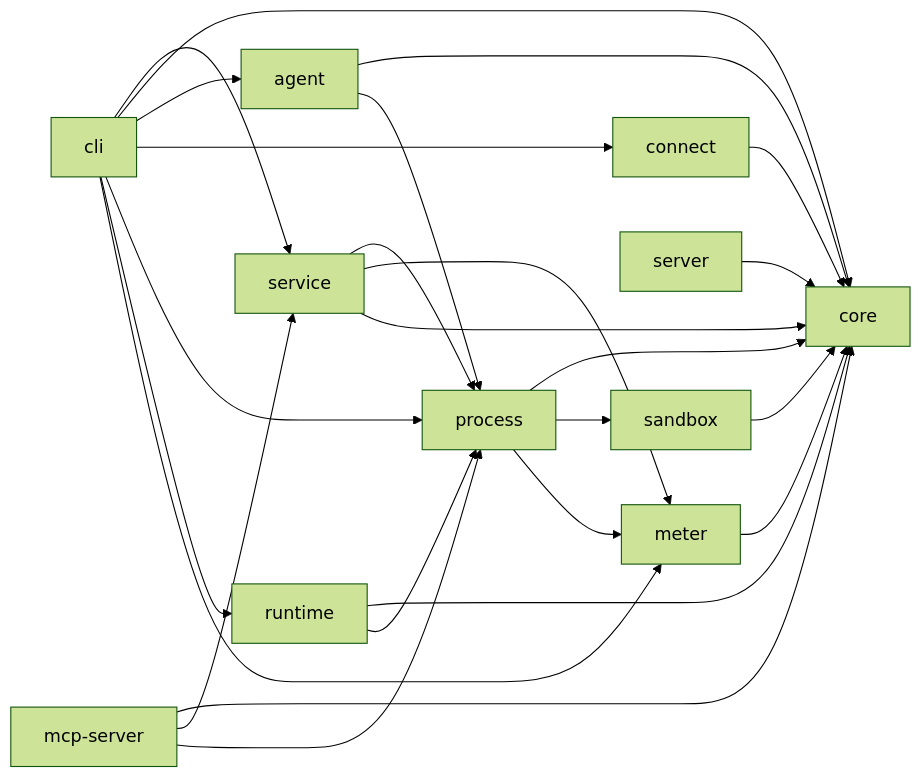
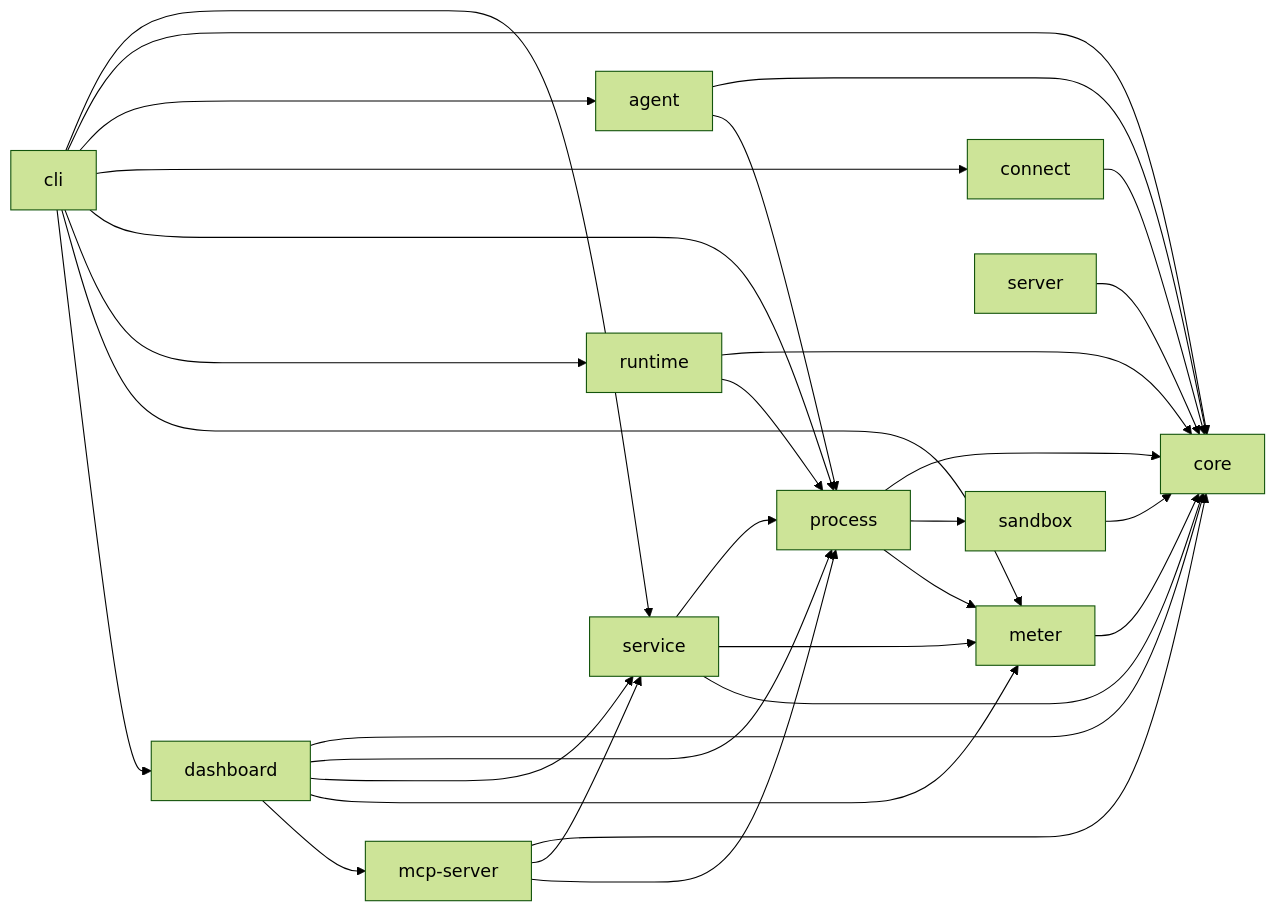
The first of 5 diagrams in website/docs/reference/architecture.md (johnloveworld2022-ops/mecha.im), drawn with Mermaid (forest theme) before and after one commit. The commit also changed other lines of this file and 1 other file, not shown here.

Commit message:
docs: comprehensive dashboard documentation and architecture update
Rewrite dashboard.md with full API reference (14 endpoints with
request/response examples), security model, polling intervals,
responsive design notes, and structured logging format.

Update architecture.md to reflect dashboard as implemented (not
planned) and add dashboard dependency edges to the mermaid graph.

````diff
--- a/website/docs/reference/architecture.md
+++ b/website/docs/reference/architecture.md
@@ -26,27 +26,33 @@
 ```mermaid
 graph LR
   cli --> service
   cli --> core
   cli --> agent
   cli --> connect
   cli --> process
   cli --> runtime
   cli --> meter
   service --> process
   service --> meter
   service --> core
   process --> core
   process --> sandbox
   process --> meter
   sandbox --> core
   agent --> core
   agent --> process
   connect --> core
   server --> core
   meter --> core
   mcp-server --> core
   mcp-server --> service
   mcp-server --> process
   runtime --> core
   runtime --> process
+  dashboard --> core
+  dashboard --> process
+  dashboard --> service
+  dashboard --> meter
+  dashboard --> mcp-server
+  cli --> dashboard
 ```
````
